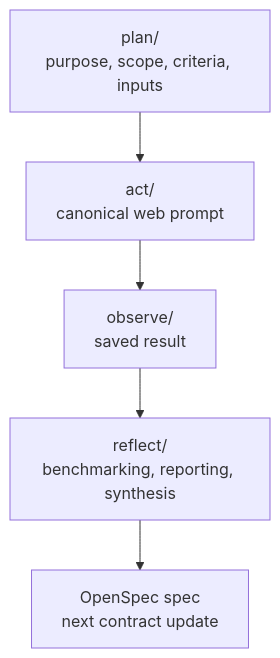
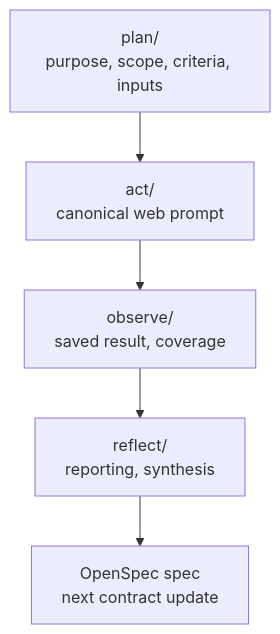
Before and after one commit to dtcc-platform/udt-platforms-mapping: the second of 2 diagrams in README.md, drawn with Mermaid. The commit also changed other lines of this file and 63 other files, not shown here.

````diff
--- a/README.md
+++ b/README.md
@@ -174,18 +177,18 @@
 ```mermaid
 flowchart TD
     P["plan/
 purpose, scope, criteria, inputs"]
     A["act/
 canonical web prompt"]
     O["observe/
-saved result"]
+saved result, coverage"]
     R["reflect/
-benchmarking, reporting, synthesis"]
+reporting, synthesis"]
     S["OpenSpec spec
 next contract update"]
 
     P --> A
     A --> O
     O --> R
     R --> S
 ```
````
